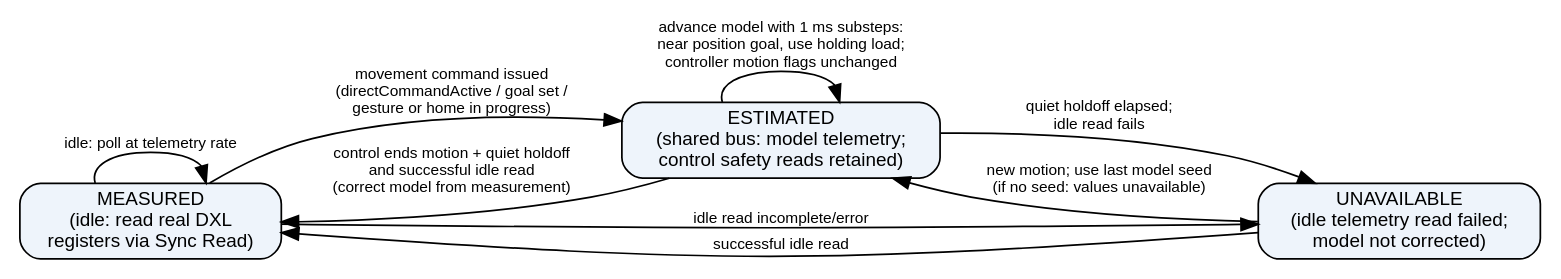
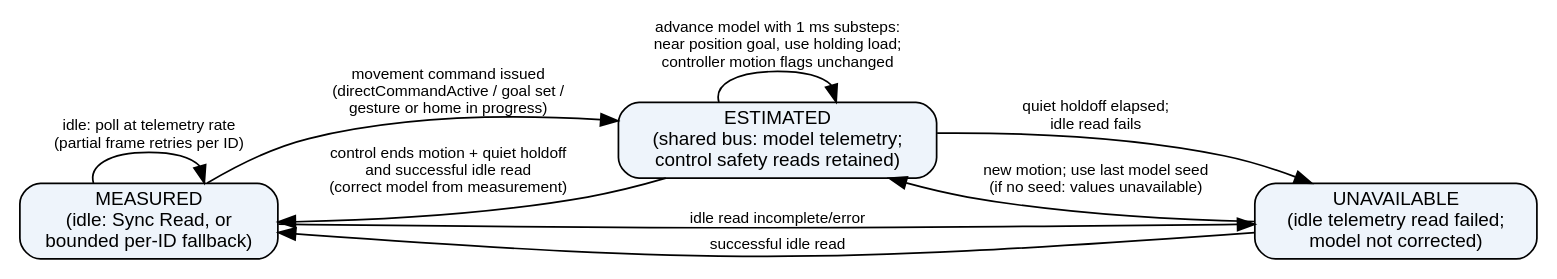
The diagram in docs/figures/v0_9_0_telemetry_source_states.dot (Neuro-Mechatronics-Interfaces/NML_Hand_Exo), drawn with Graphviz before and after one commit. The commit also changed 43 other files, not shown here.

```diff
--- a/docs/figures/v0_9_0_telemetry_source_states.dot
+++ b/docs/figures/v0_9_0_telemetry_source_states.dot
@@ -1,18 +1,18 @@
 digraph telemetry_source {
   rankdir=LR;
   node [shape=box, style="rounded,filled", fillcolor="#eef4fb", fontname="Helvetica", fontsize=11];
   edge [fontname="Helvetica", fontsize=9];
 
-  MEASURED [label="MEASURED\n(idle: read real DXL\nregisters via Sync Read)"];
+  MEASURED [label="MEASURED\n(idle: Sync Read, or\nbounded per-ID fallback)"];
   ESTIMATED [label="ESTIMATED\n(shared bus: model telemetry;\ncontrol safety reads retained)"];
   UNAVAILABLE [label="UNAVAILABLE\n(idle telemetry read failed;\nmodel not corrected)"];
 
   MEASURED -> ESTIMATED [label="movement command issued\n(directCommandActive / goal set /\ngesture or home in progress)"];
   ESTIMATED -> ESTIMATED [label="advance model with 1 ms substeps:\nnear position goal, use holding load;\ncontroller motion flags unchanged"];
   ESTIMATED -> MEASURED [label="control ends motion + quiet holdoff\nand successful idle read\n(correct model from measurement)"];
   MEASURED -> UNAVAILABLE [label="idle read incomplete/error"];
   ESTIMATED -> UNAVAILABLE [label="quiet holdoff elapsed;\nidle read fails"];
   UNAVAILABLE -> MEASURED [label="successful idle read"];
   UNAVAILABLE -> ESTIMATED [label="new motion; use last model seed\n(if no seed: values unavailable)"];
-  MEASURED -> MEASURED [label="idle: poll at telemetry rate"];
+  MEASURED -> MEASURED [label="idle: poll at telemetry rate\n(partial frame retries per ID)"];
 }
```
